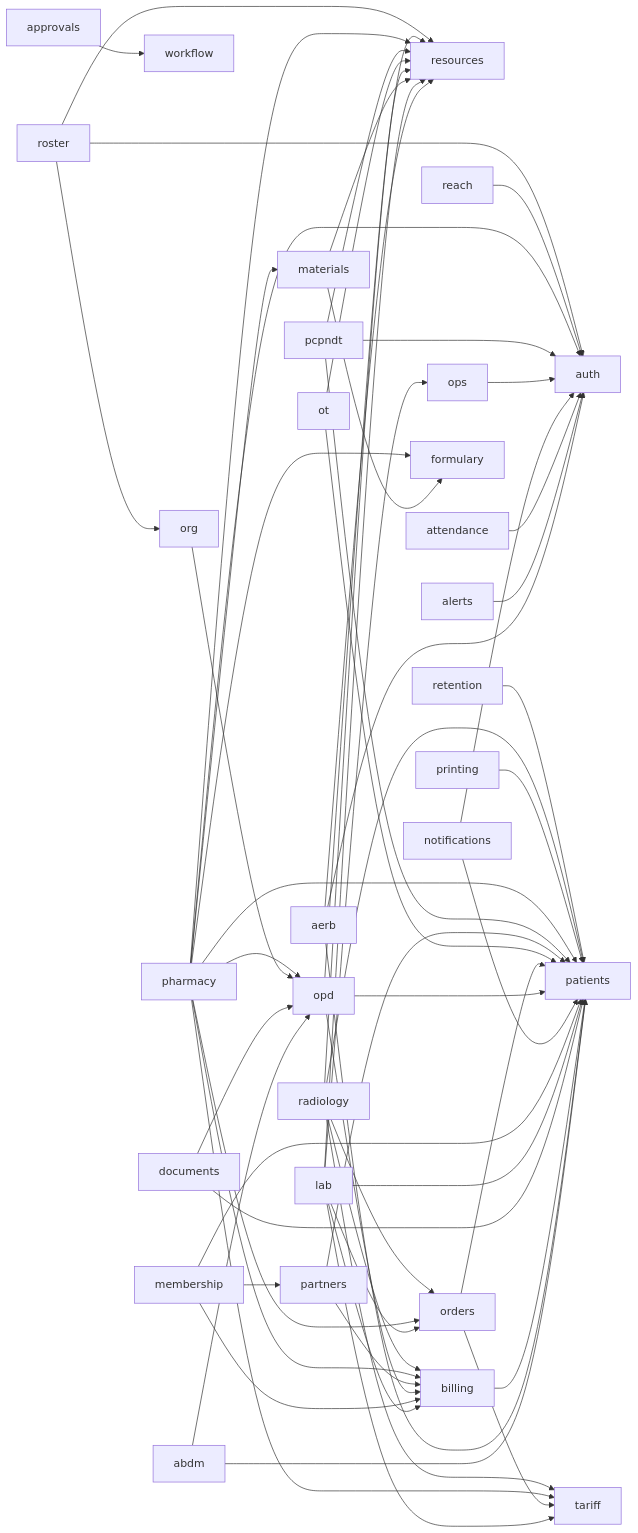
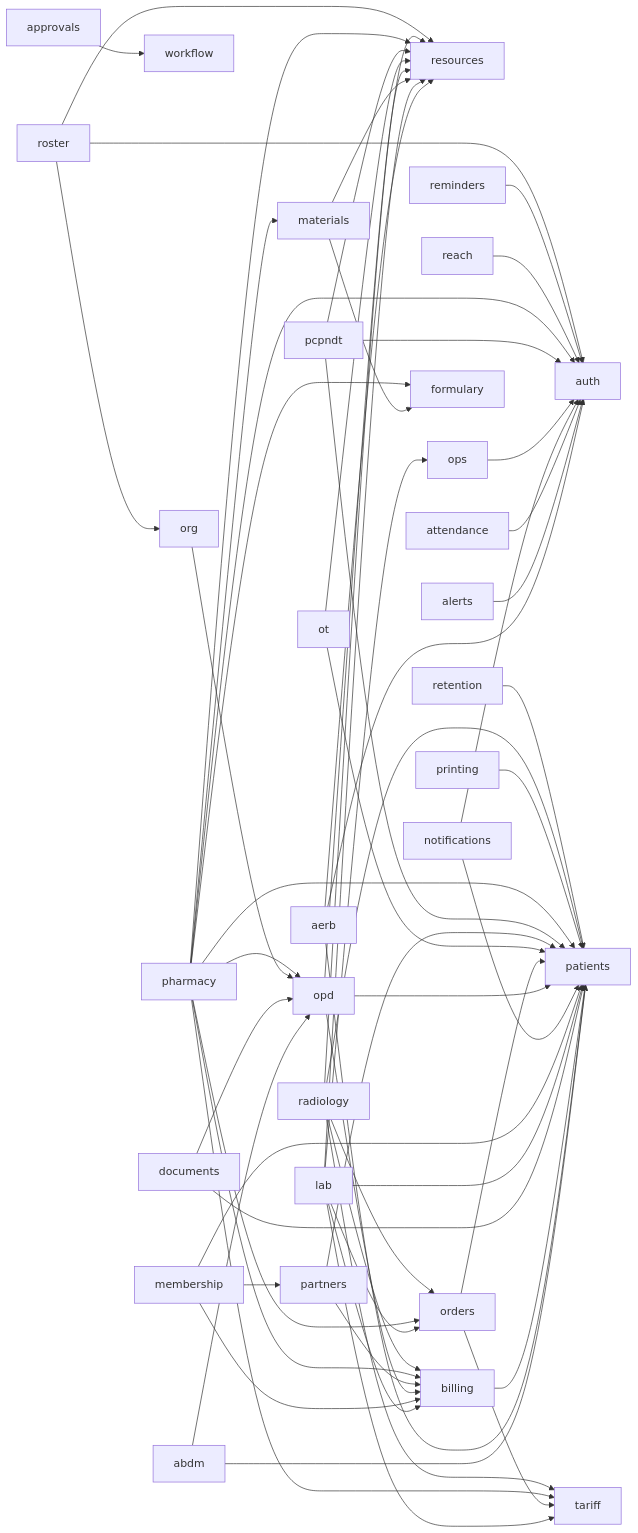
The diagram in docs/architecture/schema.md (ankits3a/hims-hmis), drawn with Mermaid before and after one commit. The commit also changed other lines of this file and 33 other files, not shown here.

````diff
--- a/docs/architecture/schema.md
+++ b/docs/architecture/schema.md
@@ -13,61 +13,62 @@
 ```mermaid
 flowchart LR
   abdm[abdm] --> opd[opd]
   abdm[abdm] --> patients[patients]
   aerb[aerb] --> auth[auth]
   aerb[aerb] --> patients[patients]
   aerb[aerb] --> resources[resources]
   alerts[alerts] --> auth[auth]
   approvals[approvals] --> workflow[workflow]
   attendance[attendance] --> auth[auth]
   billing[billing] --> patients[patients]
   documents[documents] --> opd[opd]
   documents[documents] --> patients[patients]
   lab[lab] --> billing[billing]
   lab[lab] --> ops[ops]
   lab[lab] --> orders[orders]
   lab[lab] --> patients[patients]
   lab[lab] --> resources[resources]
   lab[lab] --> tariff[tariff]
   materials[materials] --> formulary[formulary]
   materials[materials] --> resources[resources]
   membership[membership] --> billing[billing]
   membership[membership] --> partners[partners]
   membership[membership] --> patients[patients]
   notifications[notifications] --> auth[auth]
   notifications[notifications] --> patients[patients]
   opd[opd] --> billing[billing]
   opd[opd] --> patients[patients]
   opd[opd] --> resources[resources]
   ops[ops] --> auth[auth]
   orders[orders] --> patients[patients]
   orders[orders] --> tariff[tariff]
   org[org] --> opd[opd]
   ot[ot] --> patients[patients]
   ot[ot] --> resources[resources]
   partners[partners] --> billing[billing]
   partners[partners] --> patients[patients]
   pcpndt[pcpndt] --> auth[auth]
   pcpndt[pcpndt] --> patients[patients]
   pcpndt[pcpndt] --> resources[resources]
   pharmacy[pharmacy] --> auth[auth]
   pharmacy[pharmacy] --> billing[billing]
   pharmacy[pharmacy] --> formulary[formulary]
   pharmacy[pharmacy] --> materials[materials]
   pharmacy[pharmacy] --> opd[opd]
   pharmacy[pharmacy] --> orders[orders]
   pharmacy[pharmacy] --> patients[patients]
   pharmacy[pharmacy] --> resources[resources]
   pharmacy[pharmacy] --> tariff[tariff]
   printing[printing] --> patients[patients]
   radiology[radiology] --> billing[billing]
   radiology[radiology] --> orders[orders]
   radiology[radiology] --> patients[patients]
   radiology[radiology] --> resources[resources]
   radiology[radiology] --> tariff[tariff]
   reach[reach] --> auth[auth]
+  reminders[reminders] --> auth[auth]
   retention[retention] --> patients[patients]
   roster[roster] --> auth[auth]
   roster[roster] --> org[org]
   roster[roster] --> resources[resources]
 ```
````
